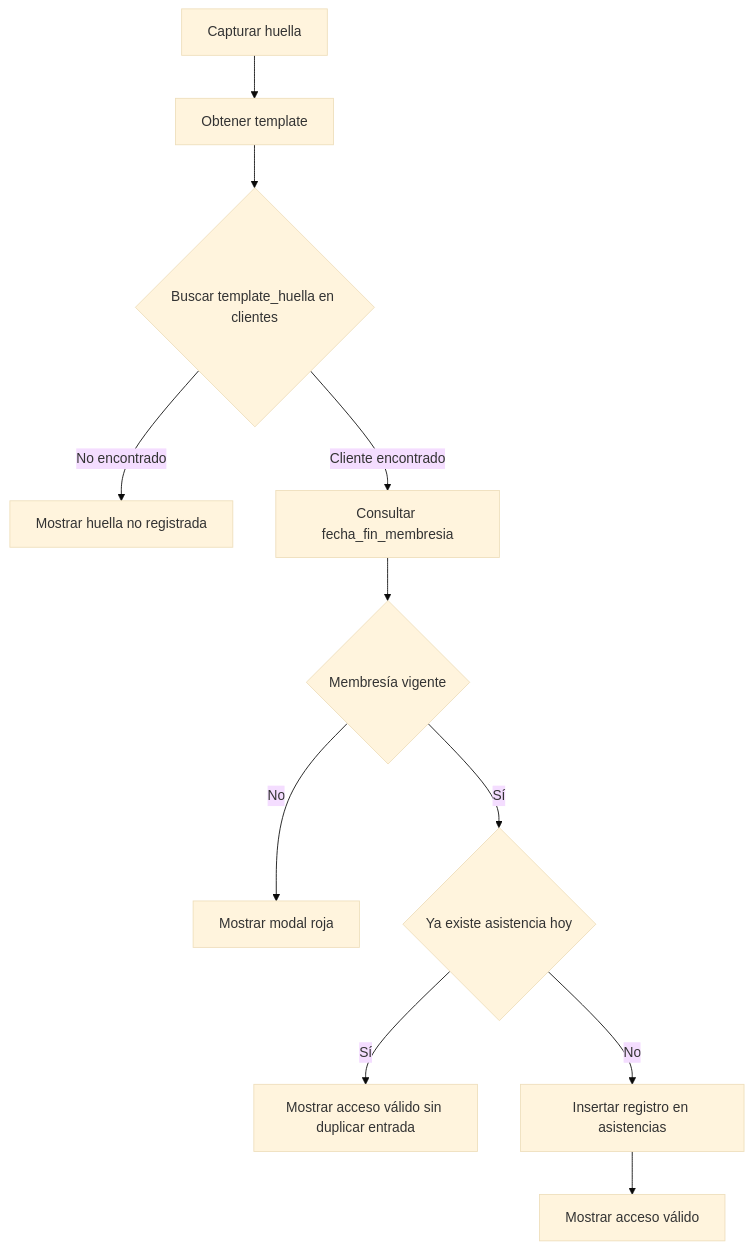
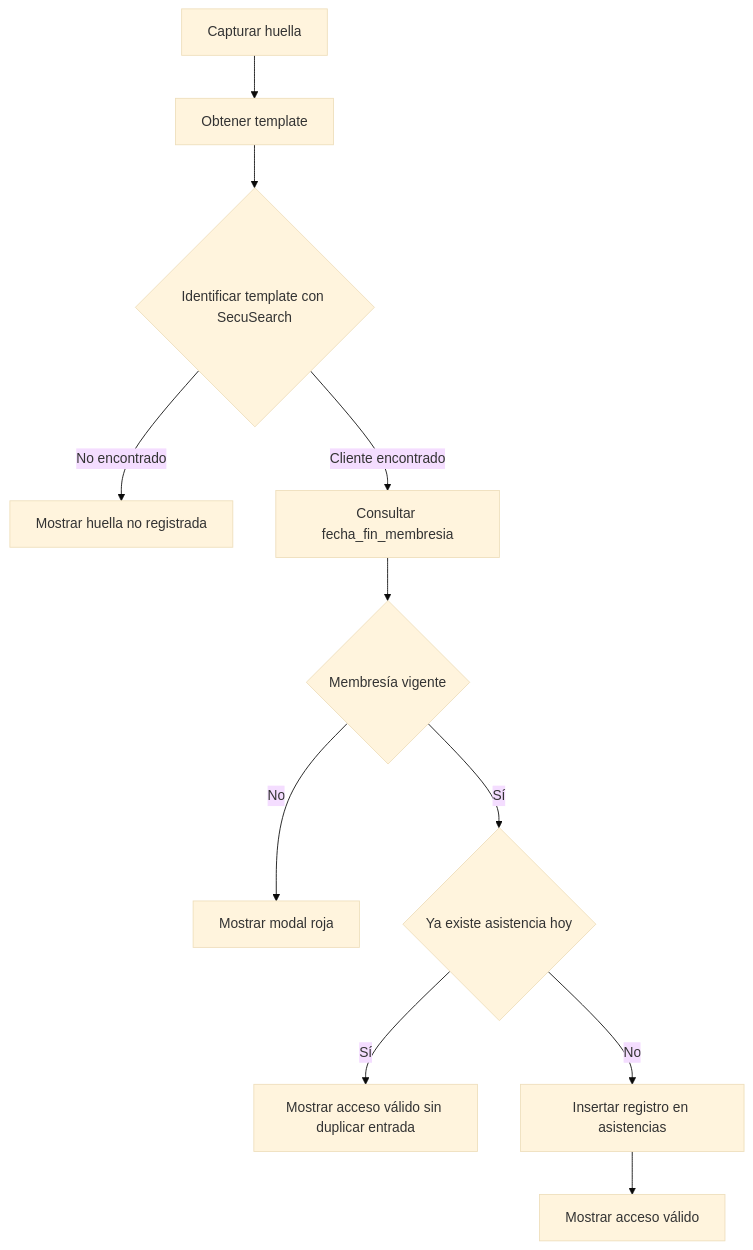
One commit to ErickYaelMartinezGarcia/Logym changed the second of 3 diagrams in Logym/docs/ARQUITECTURA_BASE_DATOS.md. Above: the diagram before and after it, drawn with Mermaid (base theme). The commit also changed other lines of this file and 388 other files, not shown here.

````diff
--- a/Logym/docs/ARQUITECTURA_BASE_DATOS.md
+++ b/Logym/docs/ARQUITECTURA_BASE_DATOS.md
@@ -198,13 +198,13 @@
 ```mermaid
 flowchart TD
     A[Capturar huella] --> B[Obtener template]
-    B --> C{Buscar template_huella en clientes}
+    B --> C{Identificar template con SecuSearch}
     C -->|No encontrado| D[Mostrar huella no registrada]
     C -->|Cliente encontrado| E[Consultar fecha_fin_membresia]
     E --> F{Membresía vigente}
     F -->|No| G[Mostrar modal roja]
     F -->|Sí| H{Ya existe asistencia hoy}
     H -->|Sí| I[Mostrar acceso válido sin duplicar entrada]
     H -->|No| J[Insertar registro en asistencias]
     J --> K[Mostrar acceso válido]
 ```
````
